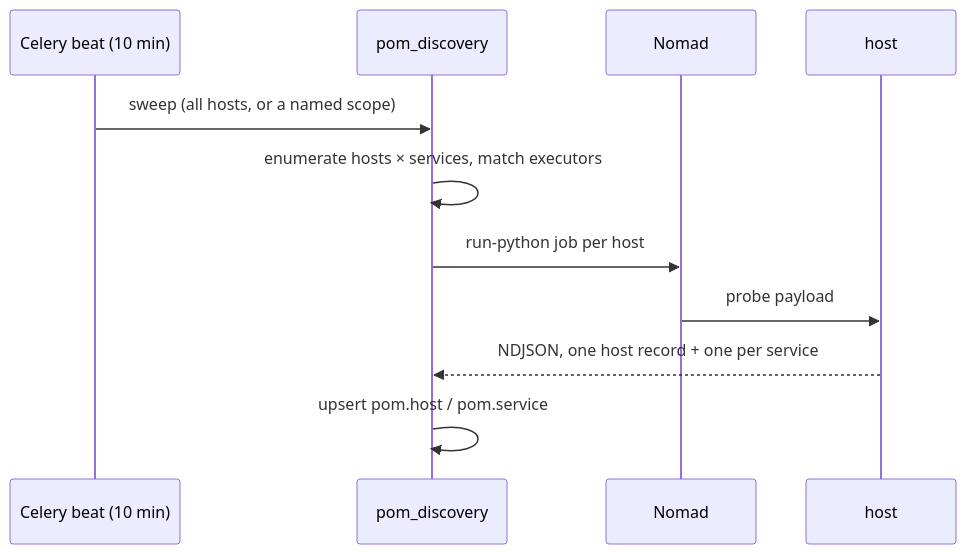
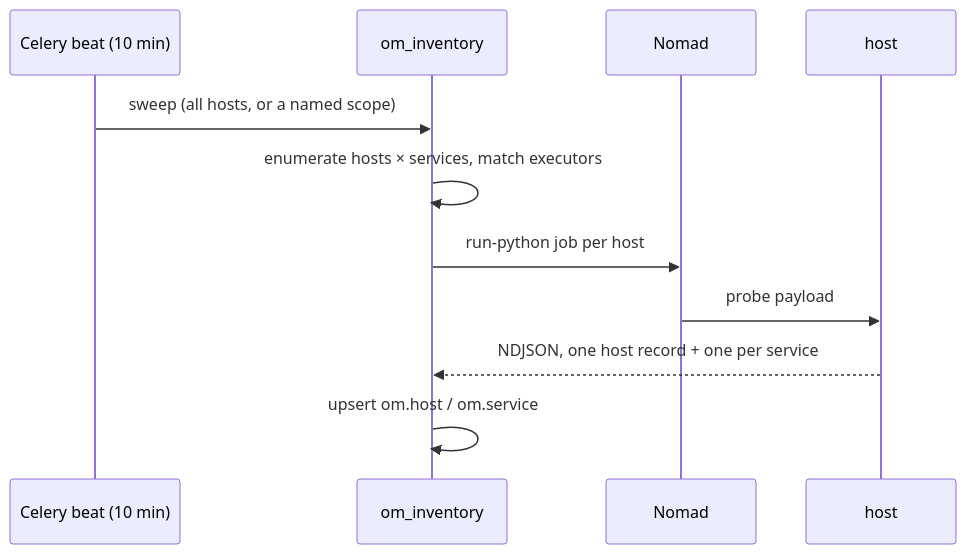
One commit to Percona-Lab/pom-workspace changed the third of 4 diagrams in docs/architecture.md. Above: the diagram before and after it, drawn with Mermaid. The commit also changed other lines of this file and 11 other files, not shown here.

````diff
--- a/docs/architecture.md
+++ b/docs/architecture.md
@@ -114,14 +114,14 @@
 ```mermaid
 sequenceDiagram
     participant B as Celery beat (10 min)
-    participant D as pom_discovery
+    participant D as om_inventory
     participant N as Nomad
     participant H as host
 
     B->>D: sweep (all hosts, or a named scope)
     D->>D: enumerate hosts × services, match executors
     D->>N: run-python job per host
     N->>H: probe payload
     H-->>D: NDJSON, one host record + one per service
-    D->>D: upsert pom.host / pom.service
+    D->>D: upsert om.host / om.service
 ```
````
